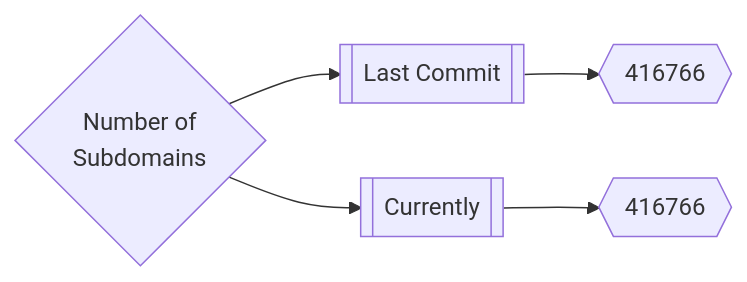
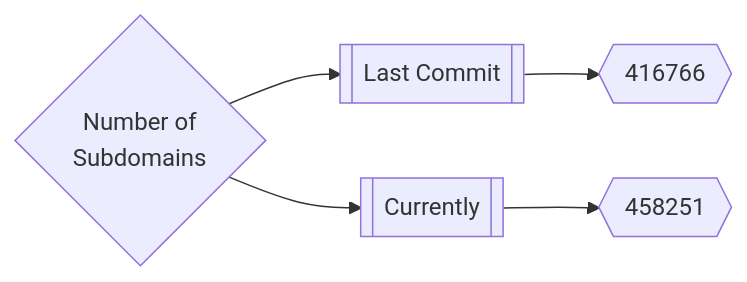
Before and after one commit to trickest/inventory: the first of 3 diagrams in README.md, drawn with Mermaid. The commit also changed other lines of this file and 103 other files, not shown here.

````diff
--- a/README.md
+++ b/README.md
@@ -165,5 +165,5 @@
 ```mermaid
 graph LR
 title{Number of<br>Subdomains} --> subdomainsDate1[[Last Commit]] --> subdomainsNum1{{416766}}
-title --> subdomainsDate2[[Currently]] --> subdomainsNum2{{416766}}
+title --> subdomainsDate2[[Currently]] --> subdomainsNum2{{458251}}
 ```
````
